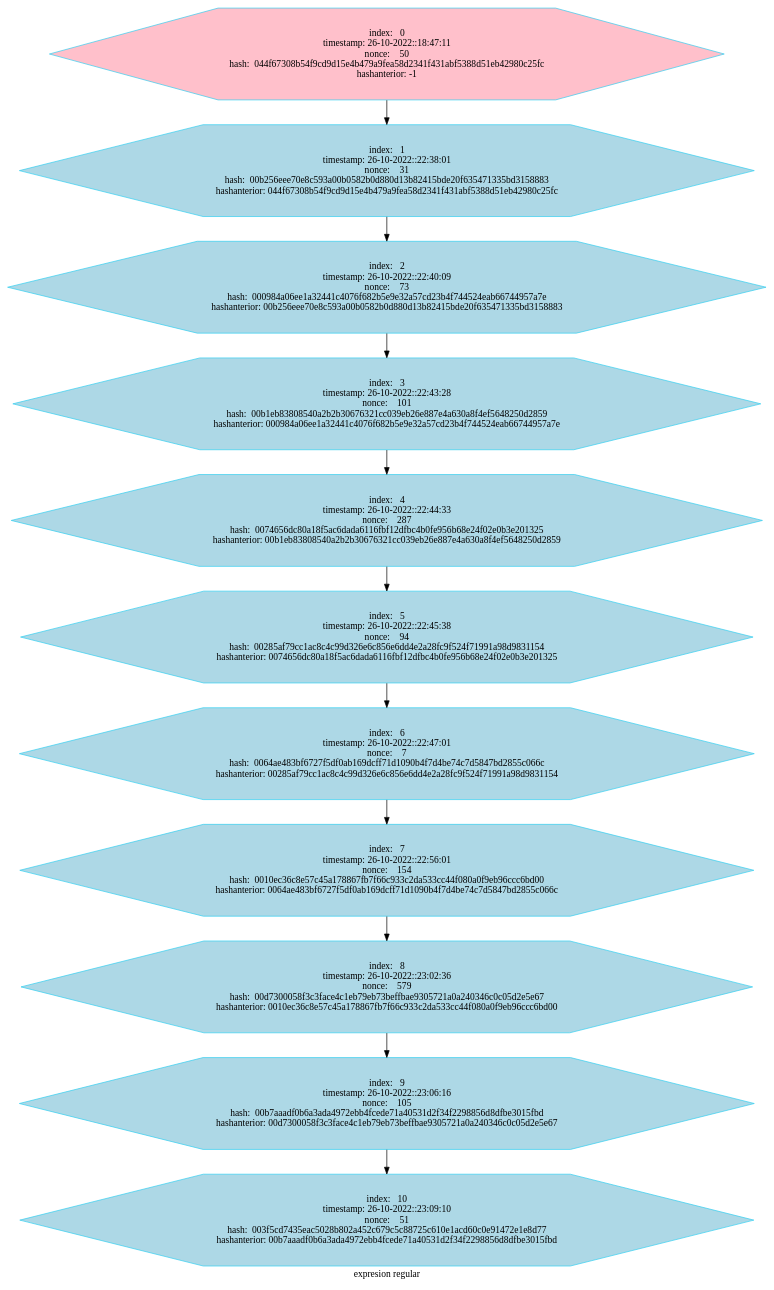
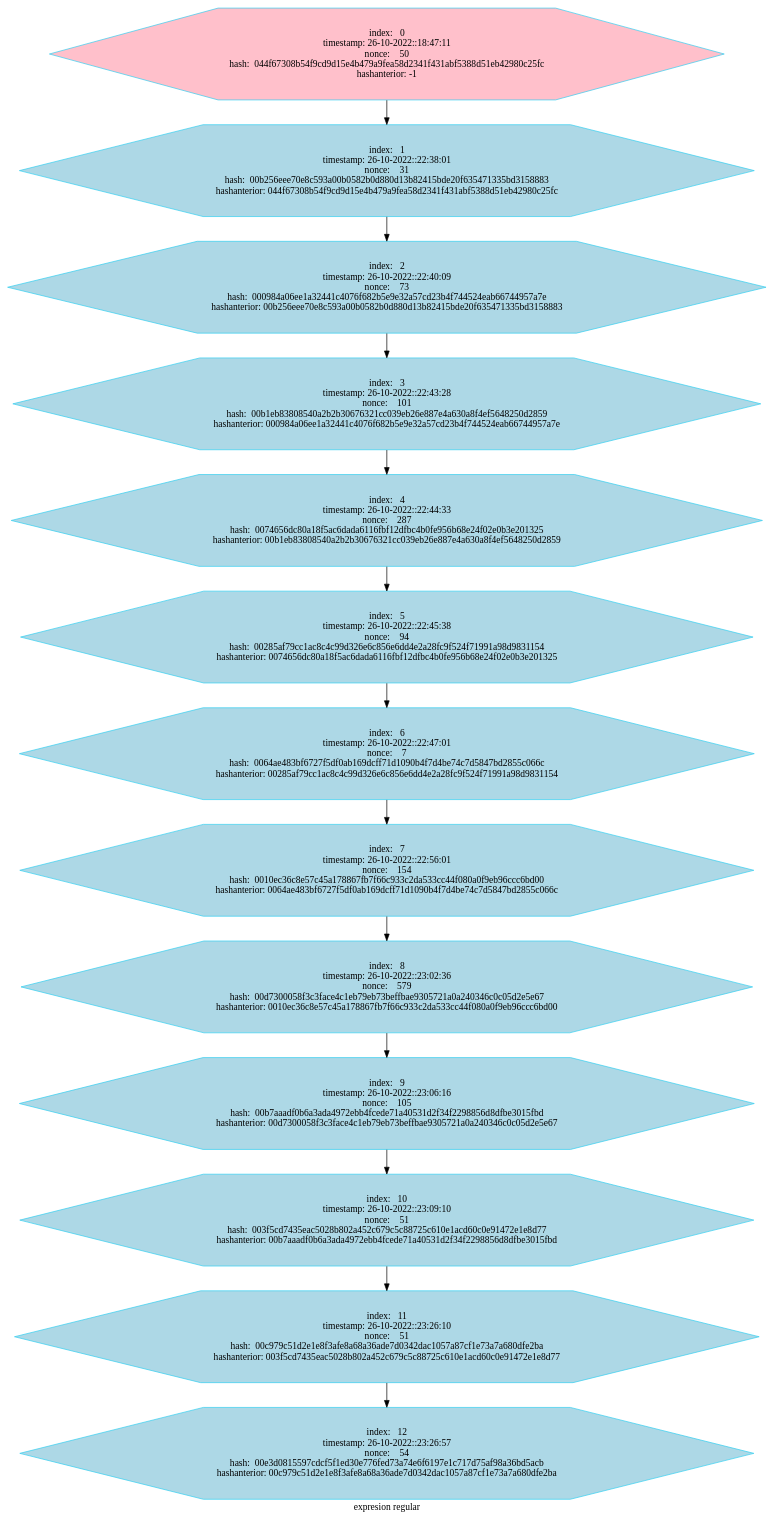
One commit to betebetoven/EDDS2F2 changed the diagram in BLOCKCHAIN.dot. Above: the diagram before and after it, drawn with Graphviz. The commit also changed 7 other files, not shown here.

```diff
--- a/BLOCKCHAIN.dot
+++ b/BLOCKCHAIN.dot
@@ -1,154 +1,182 @@
 digraph G
 {label="expresion regular"
         node[shape = hexagon]
         node[style = filled]
         node[fillcolor = "#EEEEE"]
         node[color = "#EEEEE"]
         node[color = "#31CEF0"]
 
 "index:   0
 timestamp: 26-10-2022::18:47:11
 nonce:    50
 hash:  044f67308b54f9cd9d15e4b479a9fea58d2341f431abf5388d51eb42980c25fc
 hashanterior: -1"->"index:   1
 timestamp: 26-10-2022::22:38:01
 nonce:    31
 hash:  00b256eee70e8c593a00b0582b0d880d13b82415bde20f635471335bd3158883
 hashanterior: 044f67308b54f9cd9d15e4b479a9fea58d2341f431abf5388d51eb42980c25fc"
 "index:   1
 timestamp: 26-10-2022::22:38:01
 nonce:    31
 hash:  00b256eee70e8c593a00b0582b0d880d13b82415bde20f635471335bd3158883
 hashanterior: 044f67308b54f9cd9d15e4b479a9fea58d2341f431abf5388d51eb42980c25fc"->"index:   2
 timestamp: 26-10-2022::22:40:09
 nonce:    73
 hash:  000984a06ee1a32441c4076f682b5e9e32a57cd23b4f744524eab66744957a7e
 hashanterior: 00b256eee70e8c593a00b0582b0d880d13b82415bde20f635471335bd3158883"
 "index:   2
 timestamp: 26-10-2022::22:40:09
 nonce:    73
 hash:  000984a06ee1a32441c4076f682b5e9e32a57cd23b4f744524eab66744957a7e
 hashanterior: 00b256eee70e8c593a00b0582b0d880d13b82415bde20f635471335bd3158883"->"index:   3
 timestamp: 26-10-2022::22:43:28
 nonce:    101
 hash:  00b1eb83808540a2b2b30676321cc039eb26e887e4a630a8f4ef5648250d2859
 hashanterior: 000984a06ee1a32441c4076f682b5e9e32a57cd23b4f744524eab66744957a7e"
 "index:   3
 timestamp: 26-10-2022::22:43:28
 nonce:    101
 hash:  00b1eb83808540a2b2b30676321cc039eb26e887e4a630a8f4ef5648250d2859
 hashanterior: 000984a06ee1a32441c4076f682b5e9e32a57cd23b4f744524eab66744957a7e"->"index:   4
 timestamp: 26-10-2022::22:44:33
 nonce:    287
 hash:  0074656dc80a18f5ac6dada6116fbf12dfbc4b0fe956b68e24f02e0b3e201325
 hashanterior: 00b1eb83808540a2b2b30676321cc039eb26e887e4a630a8f4ef5648250d2859"
 "index:   4
 timestamp: 26-10-2022::22:44:33
 nonce:    287
 hash:  0074656dc80a18f5ac6dada6116fbf12dfbc4b0fe956b68e24f02e0b3e201325
 hashanterior: 00b1eb83808540a2b2b30676321cc039eb26e887e4a630a8f4ef5648250d2859"->"index:   5
 timestamp: 26-10-2022::22:45:38
 nonce:    94
 hash:  00285af79cc1ac8c4c99d326e6c856e6dd4e2a28fc9f524f71991a98d9831154
 hashanterior: 0074656dc80a18f5ac6dada6116fbf12dfbc4b0fe956b68e24f02e0b3e201325"
 "index:   5
 timestamp: 26-10-2022::22:45:38
 nonce:    94
 hash:  00285af79cc1ac8c4c99d326e6c856e6dd4e2a28fc9f524f71991a98d9831154
 hashanterior: 0074656dc80a18f5ac6dada6116fbf12dfbc4b0fe956b68e24f02e0b3e201325"->"index:   6
 timestamp: 26-10-2022::22:47:01
 nonce:    7
 hash:  0064ae483bf6727f5df0ab169dcff71d1090b4f7d4be74c7d5847bd2855c066c
 hashanterior: 00285af79cc1ac8c4c99d326e6c856e6dd4e2a28fc9f524f71991a98d9831154"
 "index:   6
 timestamp: 26-10-2022::22:47:01
 nonce:    7
 hash:  0064ae483bf6727f5df0ab169dcff71d1090b4f7d4be74c7d5847bd2855c066c
 hashanterior: 00285af79cc1ac8c4c99d326e6c856e6dd4e2a28fc9f524f71991a98d9831154"->"index:   7
 timestamp: 26-10-2022::22:56:01
 nonce:    154
 hash:  0010ec36c8e57c45a178867fb7f66c933c2da533cc44f080a0f9eb96ccc6bd00
 hashanterior: 0064ae483bf6727f5df0ab169dcff71d1090b4f7d4be74c7d5847bd2855c066c"
 "index:   7
 timestamp: 26-10-2022::22:56:01
 nonce:    154
 hash:  0010ec36c8e57c45a178867fb7f66c933c2da533cc44f080a0f9eb96ccc6bd00
 hashanterior: 0064ae483bf6727f5df0ab169dcff71d1090b4f7d4be74c7d5847bd2855c066c"->"index:   8
 timestamp: 26-10-2022::23:02:36
 nonce:    579
 hash:  00d7300058f3c3face4c1eb79eb73beffbae9305721a0a240346c0c05d2e5e67
 hashanterior: 0010ec36c8e57c45a178867fb7f66c933c2da533cc44f080a0f9eb96ccc6bd00"
 "index:   8
 timestamp: 26-10-2022::23:02:36
 nonce:    579
 hash:  00d7300058f3c3face4c1eb79eb73beffbae9305721a0a240346c0c05d2e5e67
 hashanterior: 0010ec36c8e57c45a178867fb7f66c933c2da533cc44f080a0f9eb96ccc6bd00"->"index:   9
 timestamp: 26-10-2022::23:06:16
 nonce:    105
 hash:  00b7aaadf0b6a3ada4972ebb4fcede71a40531d2f34f2298856d8dfbe3015fbd
 hashanterior: 00d7300058f3c3face4c1eb79eb73beffbae9305721a0a240346c0c05d2e5e67"
 "index:   9
 timestamp: 26-10-2022::23:06:16
 nonce:    105
 hash:  00b7aaadf0b6a3ada4972ebb4fcede71a40531d2f34f2298856d8dfbe3015fbd
 hashanterior: 00d7300058f3c3face4c1eb79eb73beffbae9305721a0a240346c0c05d2e5e67"->"index:   10
 timestamp: 26-10-2022::23:09:10
 nonce:    51
 hash:  003f5cd7435eac5028b802a452c679c5c88725c610e1acd60c0e91472e1e8d77
 hashanterior: 00b7aaadf0b6a3ada4972ebb4fcede71a40531d2f34f2298856d8dfbe3015fbd"
+"index:   10
+timestamp: 26-10-2022::23:09:10
+nonce:    51
+hash:  003f5cd7435eac5028b802a452c679c5c88725c610e1acd60c0e91472e1e8d77
+hashanterior: 00b7aaadf0b6a3ada4972ebb4fcede71a40531d2f34f2298856d8dfbe3015fbd"->"index:   11
+timestamp: 26-10-2022::23:26:10
+nonce:    51
+hash:  00c979c51d2e1e8f3afe8a68a36ade7d0342dac1057a87cf1e73a7a680dfe2ba
+hashanterior: 003f5cd7435eac5028b802a452c679c5c88725c610e1acd60c0e91472e1e8d77"
+"index:   11
+timestamp: 26-10-2022::23:26:10
+nonce:    51
+hash:  00c979c51d2e1e8f3afe8a68a36ade7d0342dac1057a87cf1e73a7a680dfe2ba
+hashanterior: 003f5cd7435eac5028b802a452c679c5c88725c610e1acd60c0e91472e1e8d77"->"index:   12
+timestamp: 26-10-2022::23:26:57
+nonce:    54
+hash:  00e3d0815597cdcf5f1ed30e776fed73a74e6f6197e1c717d75af98a36bd5acb
+hashanterior: 00c979c51d2e1e8f3afe8a68a36ade7d0342dac1057a87cf1e73a7a680dfe2ba"
 "index:   0
 timestamp: 26-10-2022::18:47:11
 nonce:    50
 hash:  044f67308b54f9cd9d15e4b479a9fea58d2341f431abf5388d51eb42980c25fc
 hashanterior: -1"[fillcolor="pink"]
 "index:   1
 timestamp: 26-10-2022::22:38:01
 nonce:    31
 hash:  00b256eee70e8c593a00b0582b0d880d13b82415bde20f635471335bd3158883
 hashanterior: 044f67308b54f9cd9d15e4b479a9fea58d2341f431abf5388d51eb42980c25fc"[fillcolor="lightblue"]
 "index:   2
 timestamp: 26-10-2022::22:40:09
 nonce:    73
 hash:  000984a06ee1a32441c4076f682b5e9e32a57cd23b4f744524eab66744957a7e
 hashanterior: 00b256eee70e8c593a00b0582b0d880d13b82415bde20f635471335bd3158883"[fillcolor="lightblue"]
 "index:   3
 timestamp: 26-10-2022::22:43:28
 nonce:    101
 hash:  00b1eb83808540a2b2b30676321cc039eb26e887e4a630a8f4ef5648250d2859
 hashanterior: 000984a06ee1a32441c4076f682b5e9e32a57cd23b4f744524eab66744957a7e"[fillcolor="lightblue"]
 "index:   4
 timestamp: 26-10-2022::22:44:33
 nonce:    287
 hash:  0074656dc80a18f5ac6dada6116fbf12dfbc4b0fe956b68e24f02e0b3e201325
 hashanterior: 00b1eb83808540a2b2b30676321cc039eb26e887e4a630a8f4ef5648250d2859"[fillcolor="lightblue"]
 "index:   5
 timestamp: 26-10-2022::22:45:38
 nonce:    94
 hash:  00285af79cc1ac8c4c99d326e6c856e6dd4e2a28fc9f524f71991a98d9831154
 hashanterior: 0074656dc80a18f5ac6dada6116fbf12dfbc4b0fe956b68e24f02e0b3e201325"[fillcolor="lightblue"]
 "index:   6
 timestamp: 26-10-2022::22:47:01
 nonce:    7
 hash:  0064ae483bf6727f5df0ab169dcff71d1090b4f7d4be74c7d5847bd2855c066c
 hashanterior: 00285af79cc1ac8c4c99d326e6c856e6dd4e2a28fc9f524f71991a98d9831154"[fillcolor="lightblue"]
 "index:   7
 timestamp: 26-10-2022::22:56:01
 nonce:    154
 hash:  0010ec36c8e57c45a178867fb7f66c933c2da533cc44f080a0f9eb96ccc6bd00
 hashanterior: 0064ae483bf6727f5df0ab169dcff71d1090b4f7d4be74c7d5847bd2855c066c"[fillcolor="lightblue"]
 "index:   8
 timestamp: 26-10-2022::23:02:36
 nonce:    579
 hash:  00d7300058f3c3face4c1eb79eb73beffbae9305721a0a240346c0c05d2e5e67
 hashanterior: 0010ec36c8e57c45a178867fb7f66c933c2da533cc44f080a0f9eb96ccc6bd00"[fillcolor="lightblue"]
 "index:   9
 timestamp: 26-10-2022::23:06:16
 nonce:    105
 hash:  00b7aaadf0b6a3ada4972ebb4fcede71a40531d2f34f2298856d8dfbe3015fbd
 hashanterior: 00d7300058f3c3face4c1eb79eb73beffbae9305721a0a240346c0c05d2e5e67"[fillcolor="lightblue"]
 "index:   10
 timestamp: 26-10-2022::23:09:10
 nonce:    51
 hash:  003f5cd7435eac5028b802a452c679c5c88725c610e1acd60c0e91472e1e8d77
 hashanterior: 00b7aaadf0b6a3ada4972ebb4fcede71a40531d2f34f2298856d8dfbe3015fbd"[fillcolor="lightblue"]
+"index:   11
+timestamp: 26-10-2022::23:26:10
+nonce:    51
+hash:  00c979c51d2e1e8f3afe8a68a36ade7d0342dac1057a87cf1e73a7a680dfe2ba
+hashanterior: 003f5cd7435eac5028b802a452c679c5c88725c610e1acd60c0e91472e1e8d77"[fillcolor="lightblue"]
+"index:   12
+timestamp: 26-10-2022::23:26:57
+nonce:    54
+hash:  00e3d0815597cdcf5f1ed30e776fed73a74e6f6197e1c717d75af98a36bd5acb
+hashanterior: 00c979c51d2e1e8f3afe8a68a36ade7d0342dac1057a87cf1e73a7a680dfe2ba"[fillcolor="lightblue"]
 }
```
